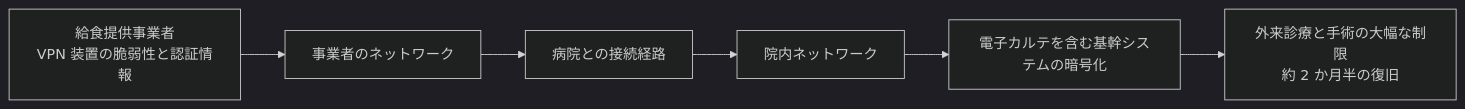
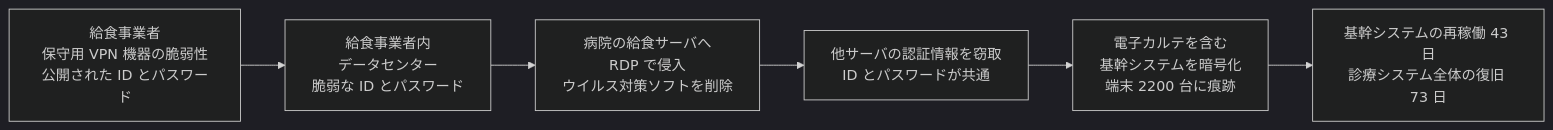
One commit to scgajge12/awesome-healthcare-security changed the diagram in docs/threats/incidents/japan/2022-timeline.md. Above: the diagram before and after it, drawn with Mermaid (dark theme). The commit also changed other lines of this file and 7 other files, not shown here.

````diff
--- a/docs/threats/incidents/japan/2022-timeline.md
+++ b/docs/threats/incidents/japan/2022-timeline.md
@@ -38,8 +314,8 @@
 ```mermaid
 flowchart LR
-    A["給食提供事業者<br>VPN 装置の脆弱性と認証情報"] --> B["事業者のネットワーク"]
-    B --> C["病院との接続経路"]
-    C --> D["院内ネットワーク"]
-    D --> E["電子カルテを含む基幹システムの暗号化"]
-    E --> F["外来診療と手術の大幅な制限<br>約 2 か月半の復旧"]
+    A["給食事業者<br>保守用 VPN 機器の脆弱性<br>公開された ID とパスワード"] --> B["給食事業者内<br>データセンター<br>脆弱な ID とパスワード"]
+    B --> C["病院の給食サーバへ<br>RDP で侵入<br>ウイルス対策ソフトを削除"]
+    C --> D["他サーバの認証情報を窃取<br>ID とパスワードが共通"]
+    D --> E["電子カルテを含む<br>基幹システムを暗号化<br>端末 2200 台に痕跡"]
+    E --> F["基幹システムの再稼働 43 日<br>診療システム全体の復旧 73 日"]
 ```
````
